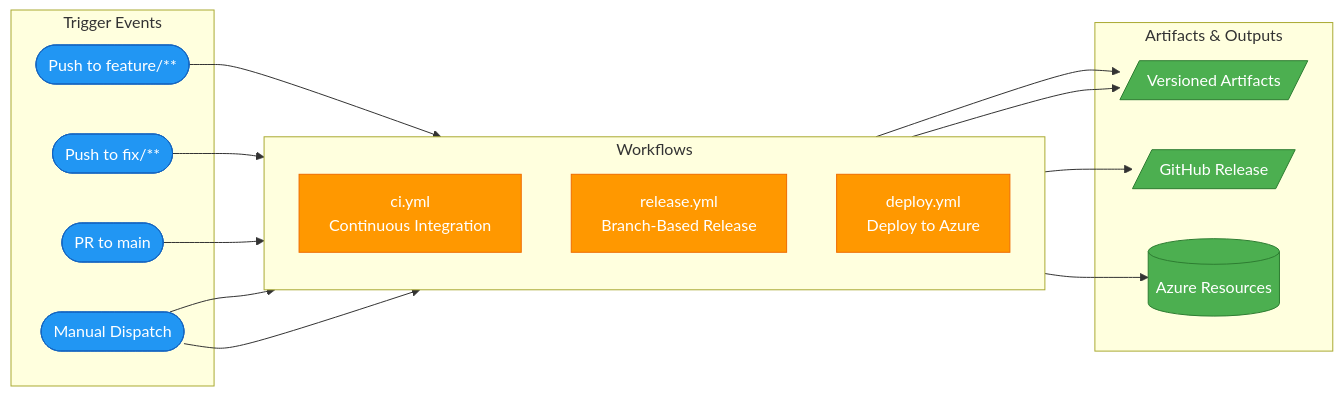
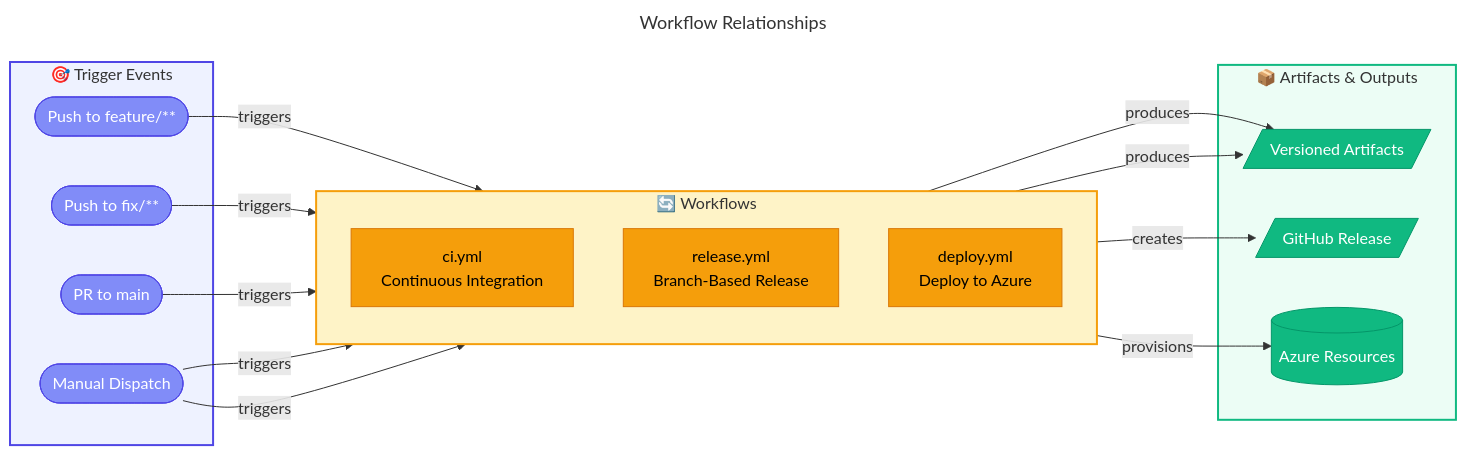
Before and after one commit to Evilazaro/DevExp-DevBox: the second of 7 diagrams in docs/architecture/07-deployment-architecture.md, drawn with Mermaid. The commit also changed other lines of this file, not shown here.

Commit message:
Enhance high-level architecture diagrams in deployment documentation for improved clarity and detail, including refined connections and node styles.

````diff
--- a/docs/architecture/07-deployment-architecture.md
+++ b/docs/architecture/07-deployment-architecture.md
@@ -130,40 +147,54 @@
 ```mermaid
+---
+title: Workflow Relationships
+---
 flowchart LR
-    subgraph "Trigger Events"
-        T1([Push to feature/**])
-        T2([Push to fix/**])
-        T3([PR to main])
-        T4([Manual Dispatch])
+    %% ===== TRIGGER EVENTS =====
+    subgraph Triggers["🎯 Trigger Events"]
+        T1(["Push to feature/**"])
+        T2(["Push to fix/**"])
+        T3(["PR to main"])
+        T4(["Manual Dispatch"])
     end
 
-    subgraph "Workflows"
+    %% ===== WORKFLOWS =====
+    subgraph Workflows["🔄 Workflows"]
         direction TB
-        W1["ci.yml<br>Continuous Integration"]
-        W2["release.yml<br>Branch-Based Release"]
-        W3["deploy.yml<br>Deploy to Azure"]
+        W1["ci.yml<br/>Continuous Integration"]
+        W2["release.yml<br/>Branch-Based Release"]
+        W3["deploy.yml<br/>Deploy to Azure"]
     end
 
-    subgraph "Artifacts & Outputs"
+    %% ===== ARTIFACTS & OUTPUTS =====
+    subgraph Outputs["📦 Artifacts & Outputs"]
         A1[/"Versioned Artifacts"/]
         A2[/"GitHub Release"/]
-        A3[(Azure Resources)]
+        A3[("Azure Resources")]
     end
 
-    T1 & T2 --> W1
-    T3 --> W1
-    T4 --> W2
-    T4 --> W3
+    %% ===== CONNECTIONS =====
+    T1 -->|triggers| W1
+    T2 -->|triggers| W1
+    T3 -->|triggers| W1
+    T4 -->|triggers| W2
+    T4 -->|triggers| W3
 
-    W1 --> A1
-    W2 --> A1
-    W2 --> A2
-    W3 --> A3
+    W1 -->|produces| A1
+    W2 -->|produces| A1
+    W2 -->|creates| A2
+    W3 -->|provisions| A3
 
-    classDef trigger fill:#2196F3,stroke:#1565C0,color:#fff
-    classDef workflow fill:#FF9800,stroke:#EF6C00,color:#fff
-    classDef artifact fill:#4CAF50,stroke:#2E7D32,color:#fff
+    %% ===== NODE STYLES =====
+    classDef trigger fill:#818CF8,stroke:#4F46E5,color:#FFFFFF
+    classDef datastore fill:#F59E0B,stroke:#D97706,color:#000000
+    classDef secondary fill:#10B981,stroke:#059669,color:#FFFFFF
 
     class T1,T2,T3,T4 trigger
-    class W1,W2,W3 workflow
-    class A1,A2,A3 artifact
+    class W1,W2,W3 datastore
+    class A1,A2,A3 secondary
+
+    %% ===== SUBGRAPH STYLES =====
+    style Triggers fill:#EEF2FF,stroke:#4F46E5,stroke-width:2px
+    style Workflows fill:#FEF3C7,stroke:#F59E0B,stroke-width:2px
+    style Outputs fill:#ECFDF5,stroke:#10B981,stroke-width:2px
 ```
````
